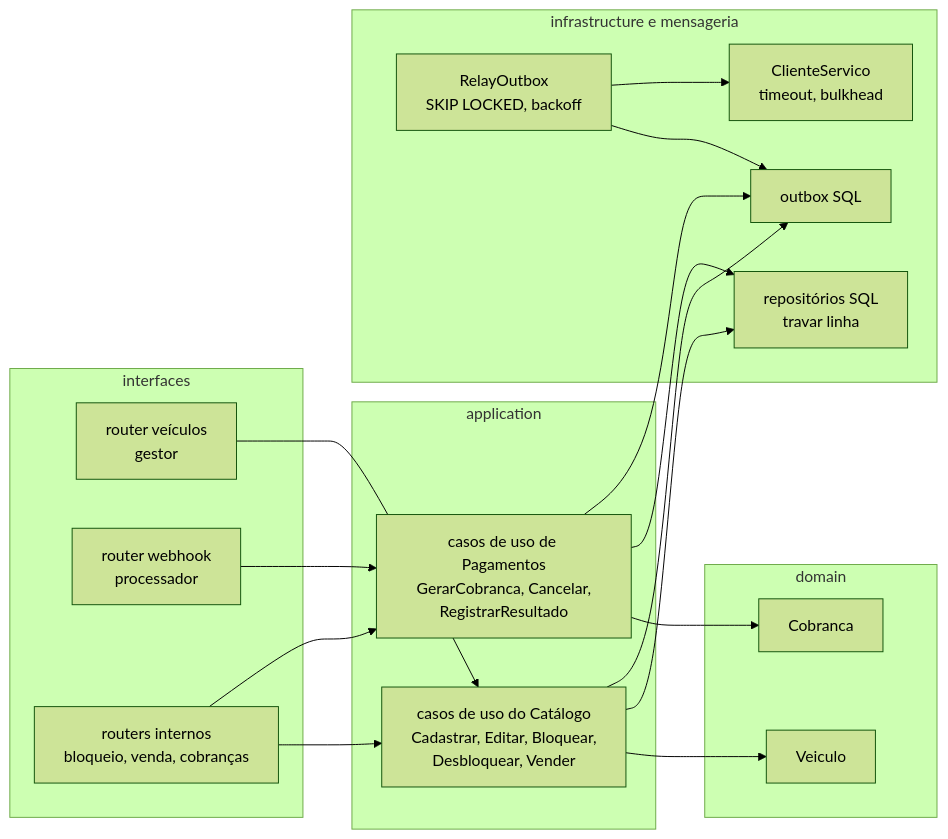
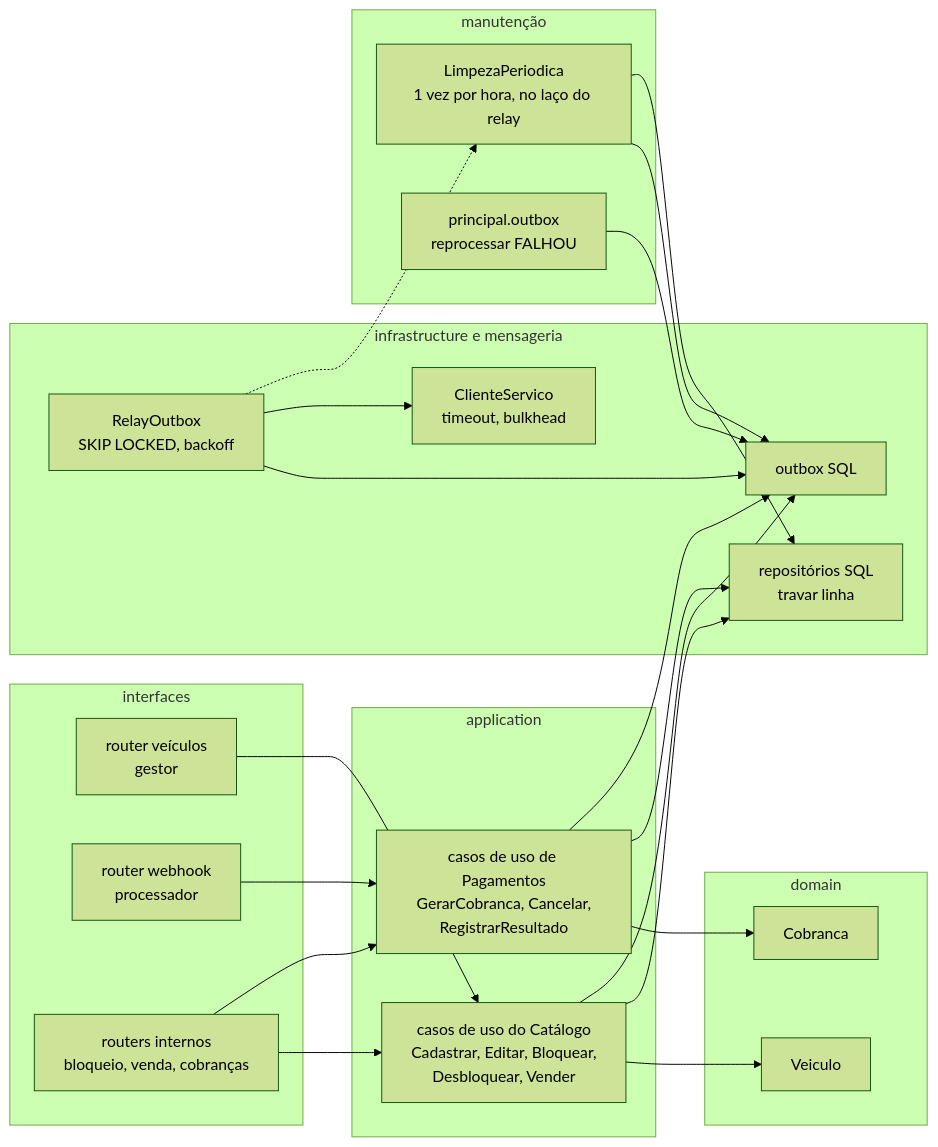
The third of 10 diagrams in docs/04-arquitetura.md (Caina-Climaco/fiap-soat-revenda-principal), drawn with Mermaid (forest theme) before and after one commit. The commit also changed other lines of this file and 20 other files, not shown here.

First line of the commit message:
refactor: limpeza por portas, codigo de pagamento no dominio e periodicidade (#12)

````diff
--- a/docs/04-arquitetura.md
+++ b/docs/04-arquitetura.md
@@ -107,29 +107,36 @@
 ```mermaid
 flowchart LR
     subgraph interfaces
         rv[router veículos<br/>gestor]
         rw[router webhook<br/>processador]
         ri[routers internos<br/>bloqueio, venda, cobranças]
     end
     subgraph aplicacao[application]
         uc_cat[casos de uso do Catálogo<br/>Cadastrar, Editar, Bloquear,<br/>Desbloquear, Vender]
         uc_pag[casos de uso de Pagamentos<br/>GerarCobranca, Cancelar,<br/>RegistrarResultado]
     end
     subgraph dominio[domain]
         veiculo[Veiculo]
         cobranca[Cobranca]
     end
     subgraph infra[infrastructure e mensageria]
         repo_sql[repositórios SQL<br/>travar linha]
         outbox[outbox SQL]
         relay[RelayOutbox<br/>SKIP LOCKED, backoff]
         cliente[ClienteServico<br/>timeout, bulkhead]
     end
+    subgraph manutencao[manutenção]
+        limpeza[LimpezaPeriodica<br/>1 vez por hora, no laço do relay]
+        cli[principal.outbox<br/>reprocessar FALHOU]
+    end
     rv & ri --> uc_cat
     rw & ri --> uc_pag
     uc_cat --> veiculo
     uc_pag --> cobranca
     uc_cat & uc_pag --> repo_sql & outbox
     relay --> outbox
     relay --> cliente
+    relay -.-> limpeza
+    limpeza --> outbox & repo_sql
+    cli --> outbox
 ```
````
